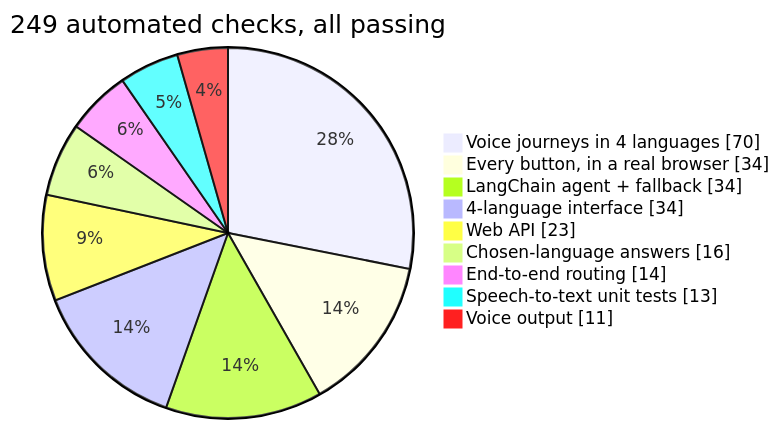
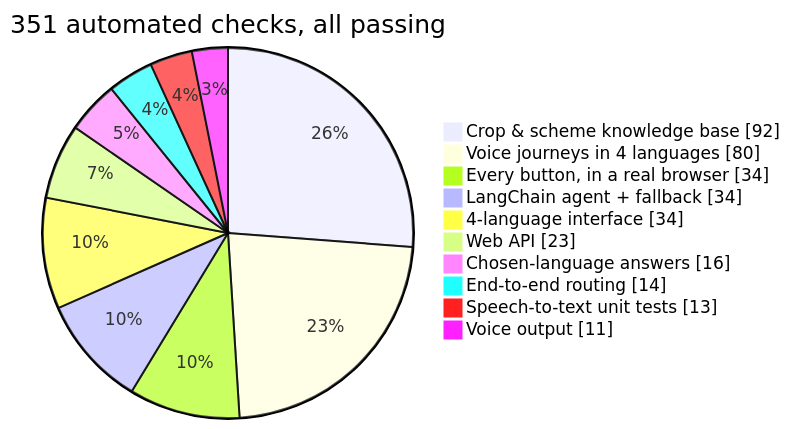
The sixth of 6 diagrams in README.md (sehscape/Multilingual-Agri-AI-Agent), drawn with Mermaid before and after one commit. The commit also changed other lines of this file and 42 other files, not shown here.

````diff
--- a/README.md
+++ b/README.md
@@ -320,13 +321,14 @@
 ```mermaid
 pie showData
-    title 249 automated checks, all passing
-    "Voice journeys in 4 languages" : 70
+    title 351 automated checks, all passing
+    "Crop & scheme knowledge base" : 92
+    "Voice journeys in 4 languages" : 80
     "Every button, in a real browser" : 34
     "LangChain agent + fallback" : 34
     "4-language interface" : 34
     "Web API" : 23
     "Chosen-language answers" : 16
     "End-to-end routing" : 14
     "Speech-to-text unit tests" : 13
     "Voice output" : 11
 ```
````
